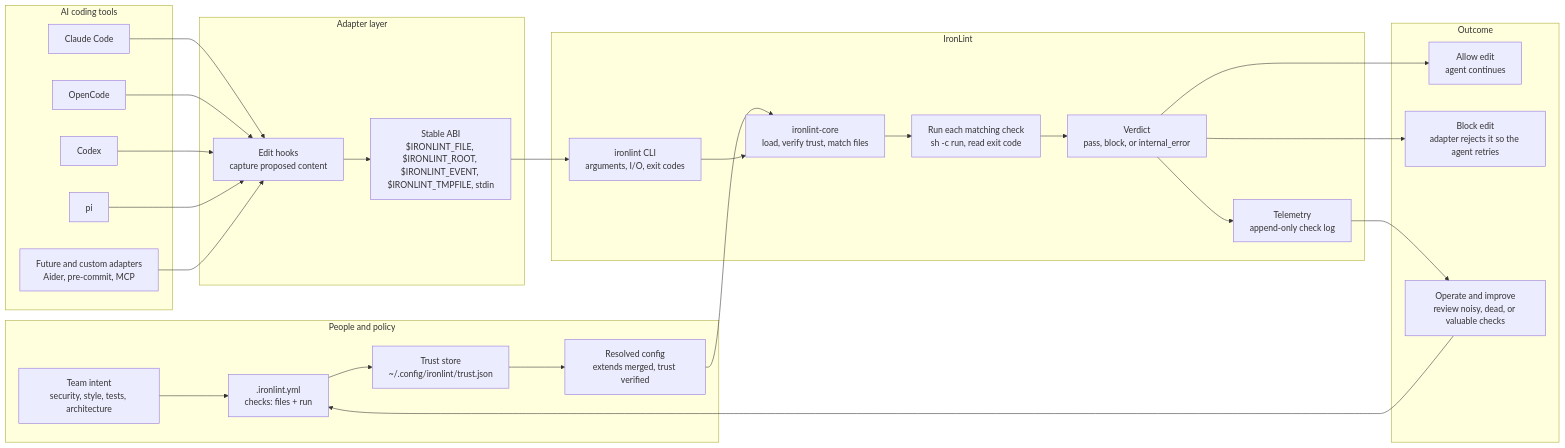
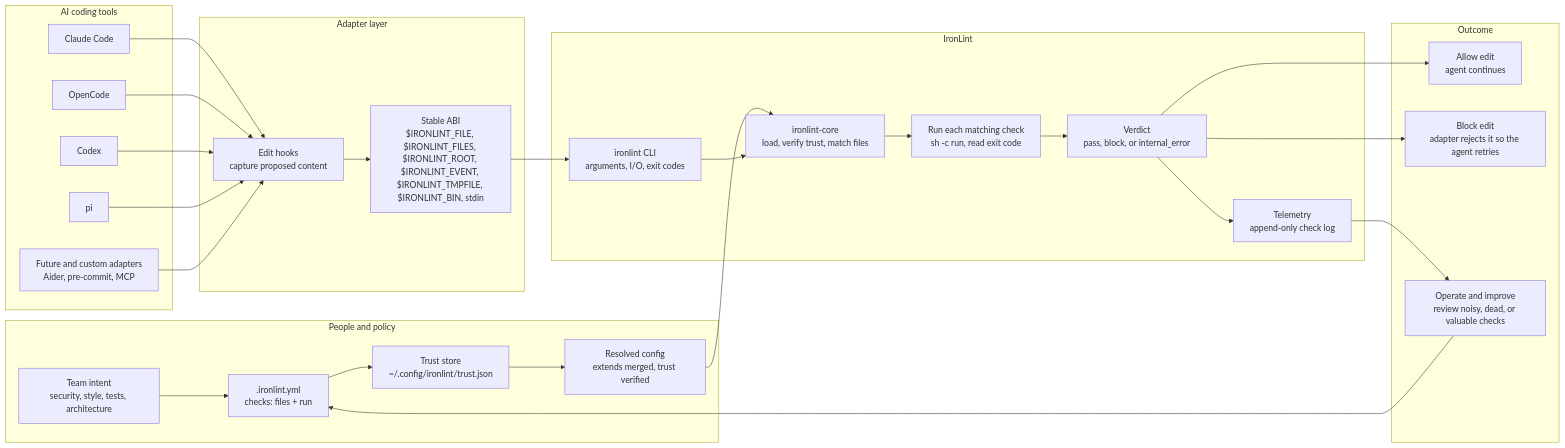
Before and after one commit to christopherarter/ironlint: the diagram in docs/architecture.md, drawn with Mermaid. The commit also changed 13 other files, not shown here.

````diff
--- a/docs/architecture.md
+++ b/docs/architecture.md
@@ -5,58 +5,58 @@
 ```mermaid
 flowchart LR
     subgraph People["People and policy"]
         Team["Team intent<br/>security, style, tests, architecture"]
         Config[".ironlint.yml<br/>checks: files + run"]
         Trust["Trust store<br/>~/.config/ironlint/trust.json"]
         Resolved["Resolved config<br/>extends merged, trust verified"]
     end
 
     subgraph Agents["AI coding tools"]
         Claude["Claude Code"]
         OpenCode["OpenCode"]
         Codex["Codex"]
         Pi["pi"]
         Future["Future and custom adapters<br/>Aider, pre-commit, MCP"]
     end
 
     subgraph AdapterLayer["Adapter layer"]
         Hooks["Edit hooks<br/>capture proposed content"]
-        ABI["Stable ABI<br/>$IRONLINT_FILE, $IRONLINT_ROOT, $IRONLINT_EVENT, $IRONLINT_TMPFILE, stdin"]
+        ABI["Stable ABI<br/>$IRONLINT_FILE, $IRONLINT_FILES, $IRONLINT_ROOT, $IRONLINT_EVENT, $IRONLINT_TMPFILE, $IRONLINT_BIN, stdin"]
     end
 
     subgraph IronLint["IronLint"]
         CLI["ironlint CLI<br/>arguments, I/O, exit codes"]
         Core["ironlint-core<br/>load, verify trust, match files"]
         Run["Run each matching check<br/>sh -c run, read exit code"]
         Verdict["Verdict<br/>pass, block, or internal_error"]
         Telemetry["Telemetry<br/>append-only check log"]
     end
 
     subgraph Outcome["Outcome"]
         Allow["Allow edit<br/>agent continues"]
         Block["Block edit<br/>adapter rejects it so the agent retries"]
         Audit["Operate and improve<br/>review noisy, dead, or valuable checks"]
     end
 
     Team --> Config
     Config --> Trust
     Trust --> Resolved
     Resolved --> Core
 
     Claude --> Hooks
     OpenCode --> Hooks
     Codex --> Hooks
     Pi --> Hooks
     Future --> Hooks
     Hooks --> ABI
     ABI --> CLI
     CLI --> Core
 
     Core --> Run
     Run --> Verdict
     Verdict --> Telemetry
     Verdict --> Allow
     Verdict --> Block
     Telemetry --> Audit
     Audit --> Config
 ```
````
